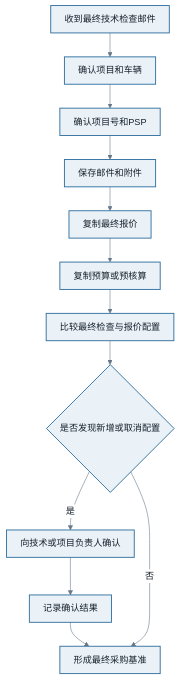
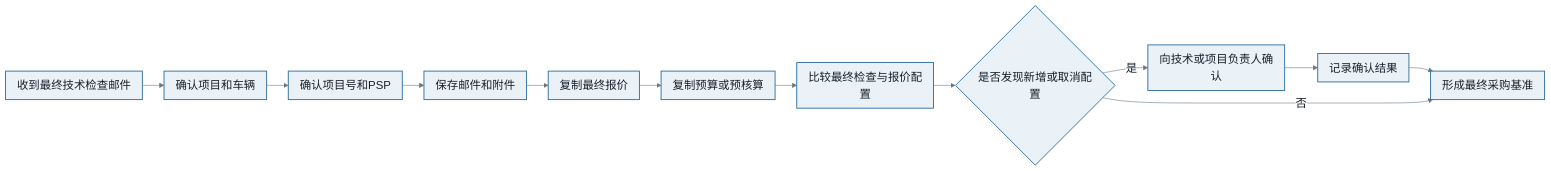
Before and after one commit to giengenbw/chassisprocess: diagram 13 of 53 in README.md, drawn with Mermaid. The commit also changed other lines of this file, not shown here.

````diff
--- a/README.md
+++ b/README.md
@@ -473,19 +474,19 @@
 ```mermaid
-%%{init: {'theme':'base','flowchart':{'curve':'basis','nodeSpacing':34,'rankSpacing':42,'padding':12,'htmlLabels':true,'useMaxWidth':true},'themeVariables':{'fontFamily':'Microsoft YaHei, Noto Sans SC, Arial, sans-serif','fontSize':'16px','primaryColor':'#EAF2F8','primaryTextColor':'#17202A','primaryBorderColor':'#2E6E9E','lineColor':'#667788','secondaryColor':'#FFF4D6','tertiaryColor':'#E8F6F3','edgeLabelBackground':'#FFFFFF'}}}%%
-flowchart TB
+%%{init: {'theme':'base','flowchart':{'curve':'basis','nodeSpacing':24,'rankSpacing':38,'padding':10,'htmlLabels':true,'useMaxWidth':true},'themeVariables':{'fontFamily':'Microsoft YaHei, Noto Sans SC, Arial, sans-serif','fontSize':'20px','primaryColor':'#EAF2F8','primaryTextColor':'#17202A','primaryBorderColor':'#2E6E9E','lineColor':'#667788','secondaryColor':'#FFF4D6','tertiaryColor':'#E8F6F3','edgeLabelBackground':'#FFFFFF'}}}%%
+flowchart LR
     A[收到最终技术检查邮件] --> B[确认项目和车辆]
     B --> C[确认项目号和PSP]
     C --> D[保存邮件和附件]
     D --> E[复制最终报价]
     E --> F[复制预算或预核算]
     F --> G[比较最终检查与报价配置]
     G --> H{是否发现新增或取消配置}
     H -->|是| I[向技术或项目负责人确认]
     I --> J[记录确认结果]
     J --> K[形成最终采购基准]
     H -->|否| K
-    classDef default fill:#EAF2F8,stroke:#2E6E9E,stroke-width:1.6px,color:#17202A,font-size:16px;
-    classDef decision fill:#FFF4D6,stroke:#B8860B,stroke-width:2px,color:#4A3A00,font-size:16px;
-    classDef exception fill:#FCE8E6,stroke:#B3261E,stroke-width:2px,color:#6A1B16,font-size:16px;
-    classDef outcome fill:#E8F6F3,stroke:#16836B,stroke-width:2px,color:#0B5345,font-size:16px;
+    classDef default fill:#EAF2F8,stroke:#2E6E9E,stroke-width:1.6px,color:#17202A,font-size:20px;
+    classDef decision fill:#FFF4D6,stroke:#B8860B,stroke-width:2px,color:#4A3A00,font-size:20px;
+    classDef exception fill:#FCE8E6,stroke:#B3261E,stroke-width:2px,color:#6A1B16,font-size:20px;
+    classDef outcome fill:#E8F6F3,stroke:#16836B,stroke-width:2px,color:#0B5345,font-size:20px;
 ```
````
